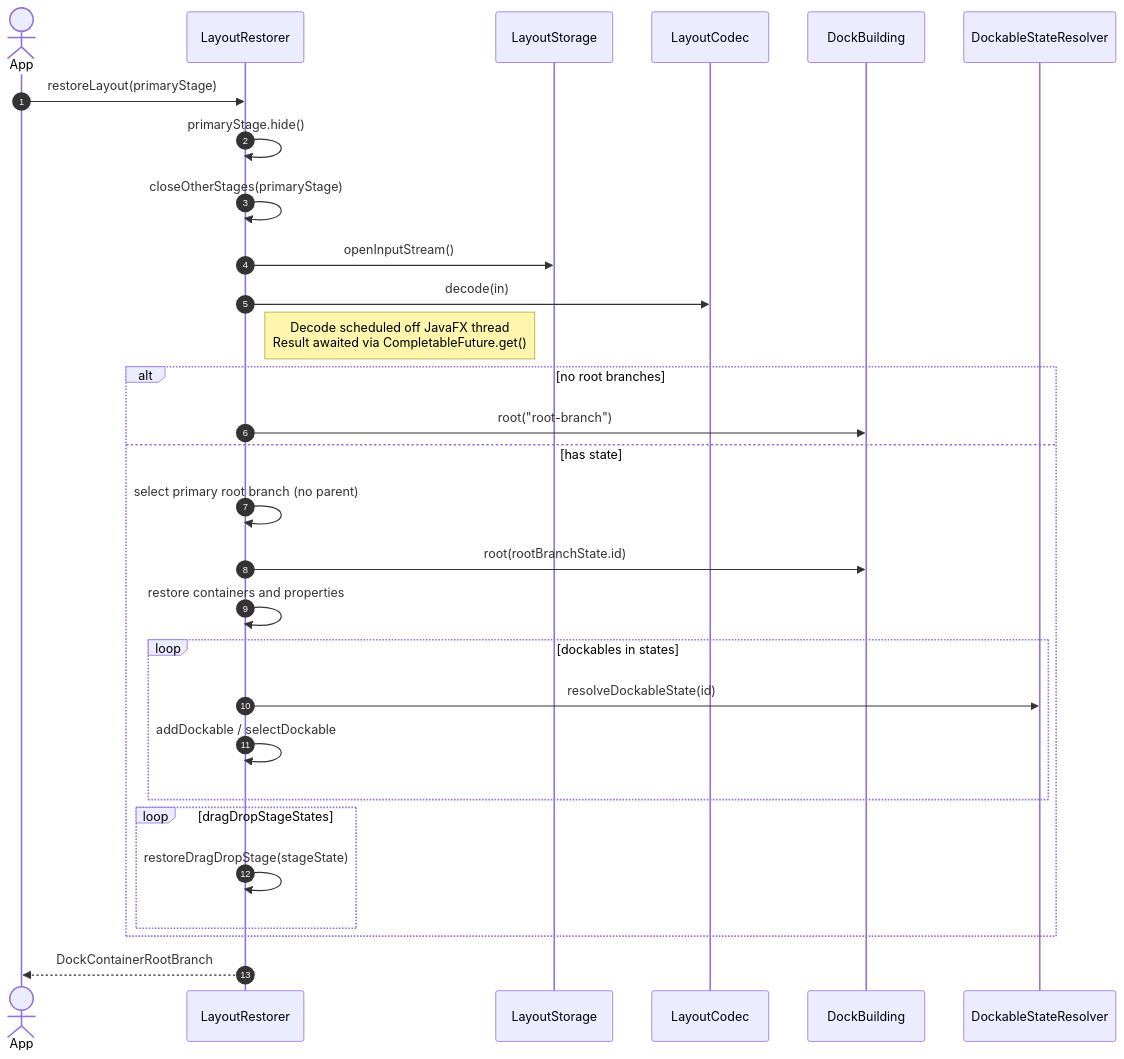
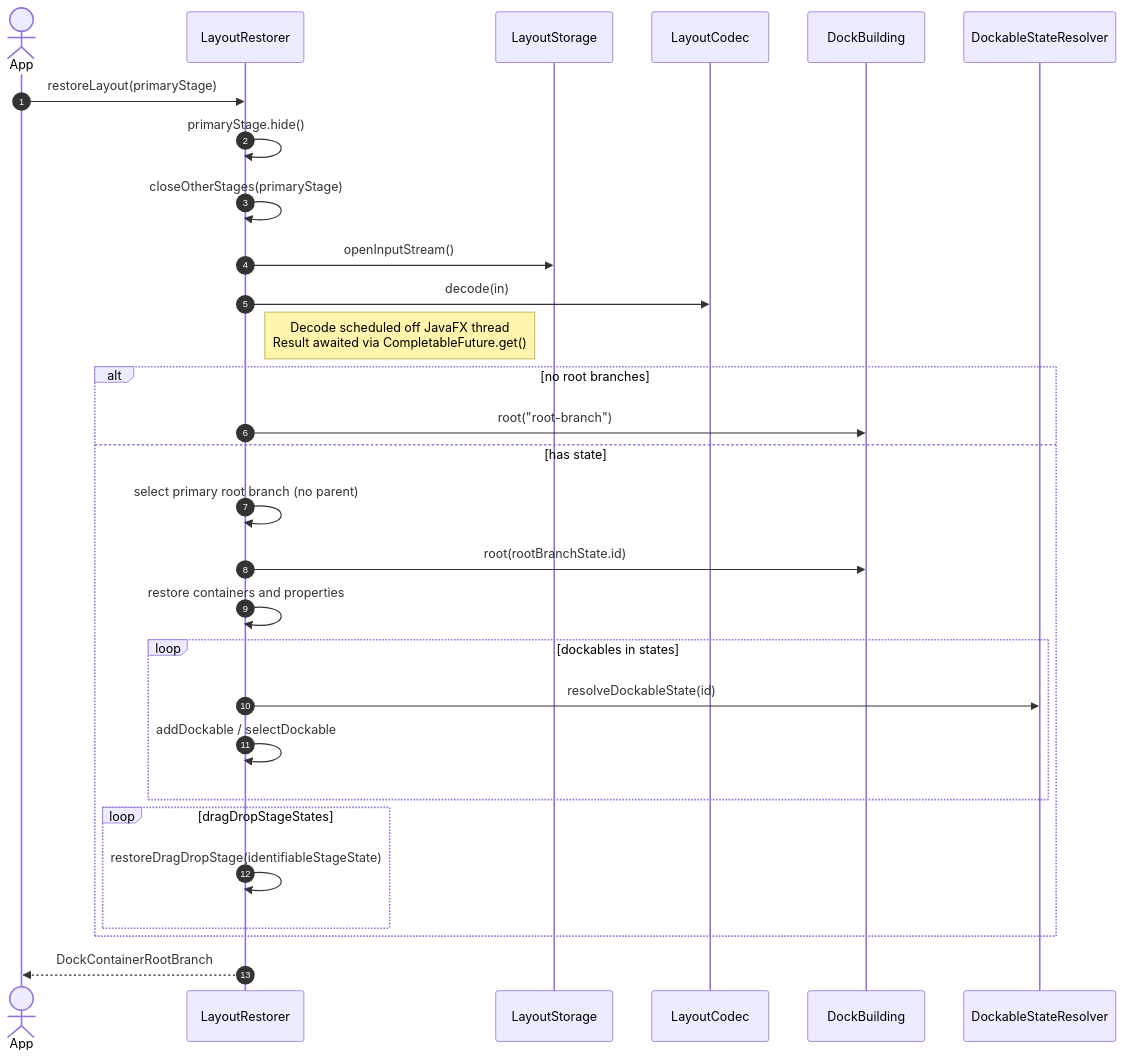
The third of 4 diagrams in assets/bento-layout-persistence-diagrams.md (philliplbryant/BentoFX), drawn with Mermaid before and after one commit. The commit also changed 43 other files, not shown here.

````diff
--- a/assets/bento-layout-persistence-diagrams.md
+++ b/assets/bento-layout-persistence-diagrams.md
@@ -83,35 +83,35 @@
 ```mermaid
 sequenceDiagram
   autonumber
   actor App
   participant Restorer as LayoutRestorer
   participant Storage as LayoutStorage
   participant Codec as LayoutCodec
   participant Dock as DockBuilding
   participant Resolver as DockableStateResolver
 
   App->>Restorer: restoreLayout(primaryStage)
   Restorer->>Restorer: primaryStage.hide()
   Restorer->>Restorer: closeOtherStages(primaryStage)
 
   Restorer->>Storage: openInputStream()
   Restorer->>Codec: decode(in)
   Note right of Restorer: Decode scheduled off JavaFX thread <br/> Result awaited via CompletableFuture.get()
 
   alt no root branches
     Restorer->>Dock: root("root-branch")
   else has state
     Restorer->>Restorer: select primary root branch (no parent)
     Restorer->>Dock: root(rootBranchState.id)
     Restorer->>Restorer: restore containers and properties
     loop dockables in states
       Restorer->>Resolver: resolveDockableState(id)
       Restorer->>Restorer: addDockable / selectDockable
     end
     loop dragDropStageStates
-      Restorer->>Restorer: restoreDragDropStage(stageState)
+      Restorer->>Restorer: restoreDragDropStage(identifiableStageState)
     end
   end
 
   Restorer-->>App: DockContainerRootBranch
 ```
````
